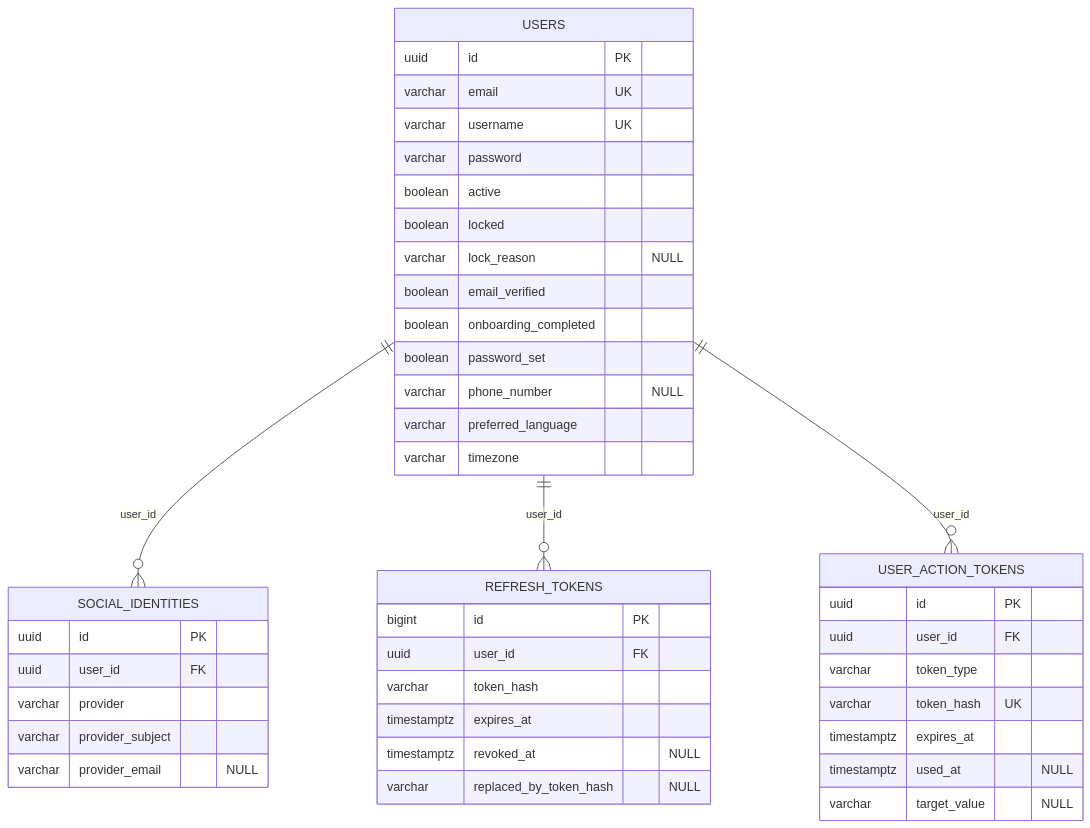
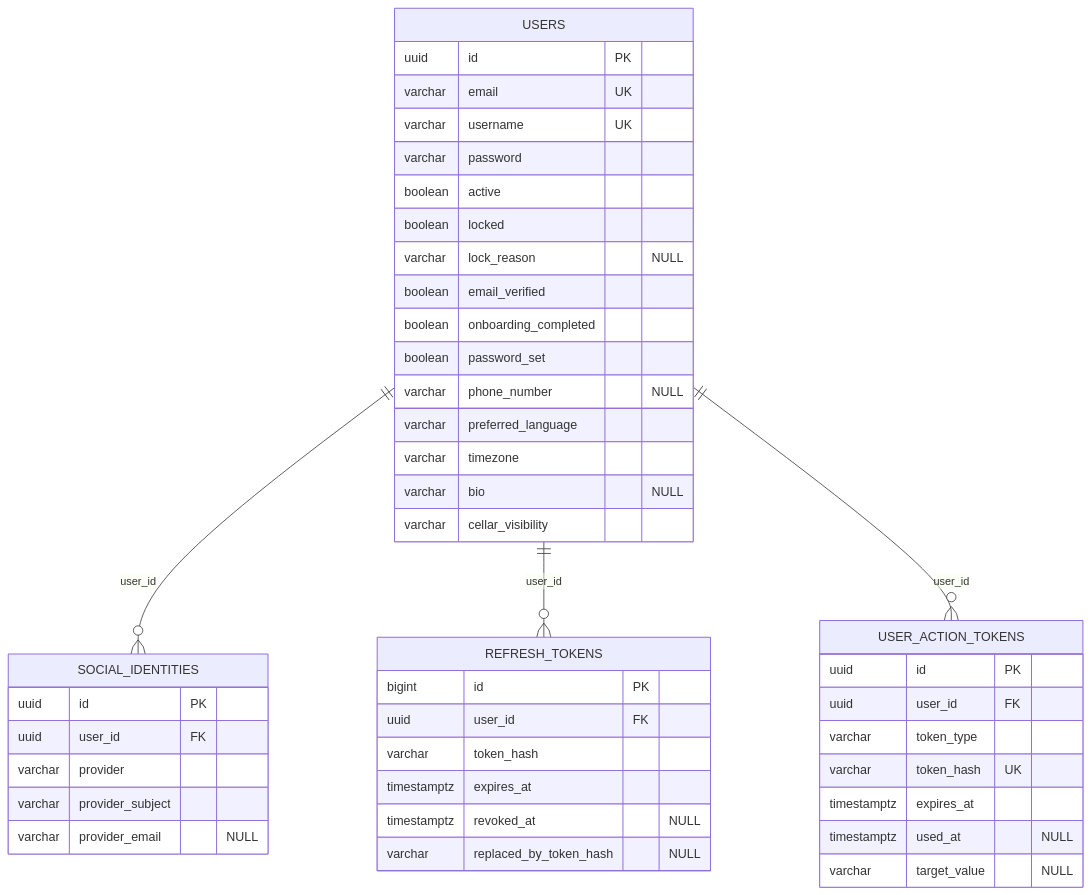
Before and after one commit to Bielaszczuk/vinnot-demo: the first of 23 diagrams in docs/en/backend/diagrams/relational-model.md, drawn with Mermaid. The commit also changed other lines of this file and 703 other files, not shown here.

````diff
--- a/docs/en/backend/diagrams/relational-model.md
+++ b/docs/en/backend/diagrams/relational-model.md
@@ -18,45 +18,47 @@
 ```mermaid
 erDiagram
  USERS {
   uuid id PK
   varchar email UK
   varchar username UK
   varchar password
   boolean active
   boolean locked
   varchar lock_reason "NULL"
   boolean email_verified
   boolean onboarding_completed
   boolean password_set
   varchar phone_number "NULL"
   varchar preferred_language
   varchar timezone
+  varchar bio "NULL"
+  varchar cellar_visibility
  }
  SOCIAL_IDENTITIES {
   uuid id PK
   uuid user_id FK
   varchar provider
   varchar provider_subject
   varchar provider_email "NULL"
  }
  REFRESH_TOKENS {
   bigint id PK
   uuid user_id FK
   varchar token_hash
   timestamptz expires_at
   timestamptz revoked_at "NULL"
   varchar replaced_by_token_hash "NULL"
  }
  USER_ACTION_TOKENS {
   uuid id PK
   uuid user_id FK
   varchar token_type
   varchar token_hash UK
   timestamptz expires_at
   timestamptz used_at "NULL"
   varchar target_value "NULL"
  }
  USERS ||--o{ SOCIAL_IDENTITIES : user_id
  USERS ||--o{ REFRESH_TOKENS : user_id
  USERS ||--o{ USER_ACTION_TOKENS : user_id
 ```
````
